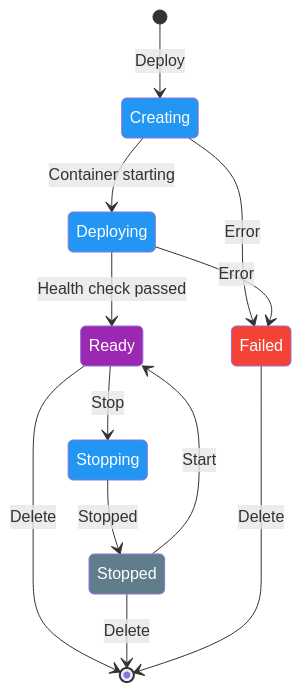
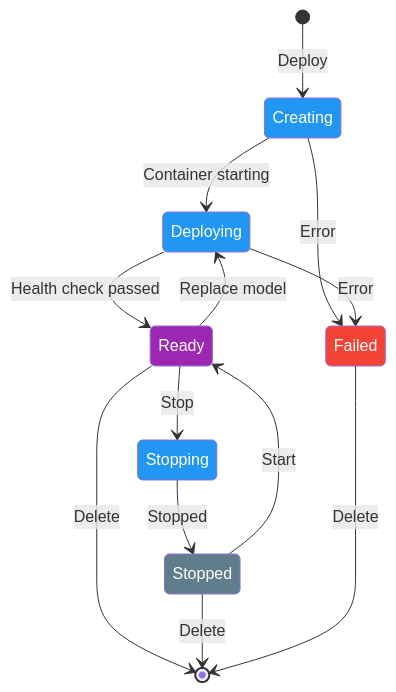
Before and after one commit to Rehman-AD/cv-yolov8-core: the first of 2 diagrams in docs/en/platform/deploy/endpoints.md, drawn with Mermaid. The commit also changed other lines of this file and 1 other file, not shown here.

Commit message:
Document deployment model replacement (#25745)

````diff
--- a/docs/en/platform/deploy/endpoints.md
+++ b/docs/en/platform/deploy/endpoints.md
@@ -41,23 +41,24 @@
 ```mermaid
 stateDiagram-v2
     [*] --> Creating: Deploy
     Creating --> Deploying: Container starting
     Deploying --> Ready: Health check passed
     Ready --> Stopping: Stop
+    Ready --> Deploying: Replace model
     Stopping --> Stopped: Stopped
     Stopped --> Ready: Start
     Ready --> [*]: Delete
     Stopped --> [*]: Delete
     Creating --> Failed: Error
     Deploying --> Failed: Error
     Failed --> [*]: Delete
 
     classDef proc fill:#2196F3,color:#fff
     classDef out fill:#9C27B0,color:#fff
     classDef error fill:#F44336,color:#fff
     classDef extern fill:#607D8B,color:#fff
     class Creating,Deploying,Stopping proc
     class Ready out
     class Failed error
     class Stopped extern
 ```
````
